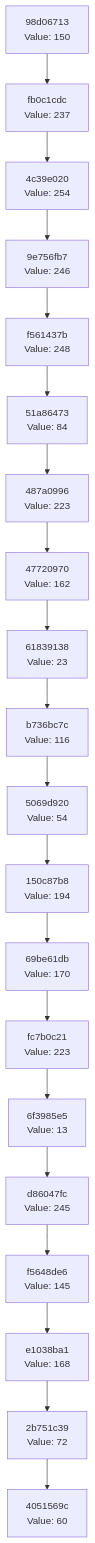
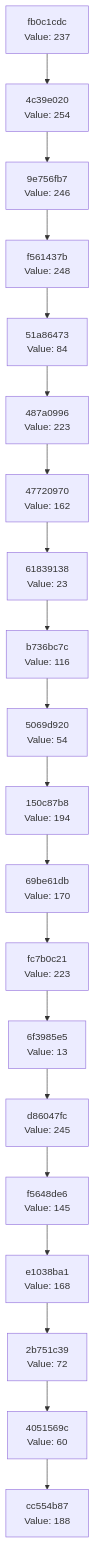
Before and after one commit to Abhisheksinha1506/hash-chain-evolver: the diagram in docs/CHAIN_VISUALIZATION.md, drawn with Mermaid. The commit also changed 3 other files, not shown here.

````diff
--- a/docs/CHAIN_VISUALIZATION.md
+++ b/docs/CHAIN_VISUALIZATION.md
@@ -3,42 +3,42 @@
 ```mermaid
 graph TD
-    C0["4051569c<br/>Value: 60"]
-    C1["2b751c39<br/>Value: 72"]
+    C0["cc554b87<br/>Value: 188"]
+    C1["4051569c<br/>Value: 60"]
     C1 --> C0
-    C2["e1038ba1<br/>Value: 168"]
+    C2["2b751c39<br/>Value: 72"]
     C2 --> C1
-    C3["f5648de6<br/>Value: 145"]
+    C3["e1038ba1<br/>Value: 168"]
     C3 --> C2
-    C4["d86047fc<br/>Value: 245"]
+    C4["f5648de6<br/>Value: 145"]
     C4 --> C3
-    C5["6f3985e5<br/>Value: 13"]
+    C5["d86047fc<br/>Value: 245"]
     C5 --> C4
-    C6["fc7b0c21<br/>Value: 223"]
+    C6["6f3985e5<br/>Value: 13"]
     C6 --> C5
-    C7["69be61db<br/>Value: 170"]
+    C7["fc7b0c21<br/>Value: 223"]
     C7 --> C6
-    C8["150c87b8<br/>Value: 194"]
+    C8["69be61db<br/>Value: 170"]
     C8 --> C7
-    C9["5069d920<br/>Value: 54"]
+    C9["150c87b8<br/>Value: 194"]
     C9 --> C8
-    C10["b736bc7c<br/>Value: 116"]
+    C10["5069d920<br/>Value: 54"]
     C10 --> C9
-    C11["61839138<br/>Value: 23"]
+    C11["b736bc7c<br/>Value: 116"]
     C11 --> C10
-    C12["47720970<br/>Value: 162"]
+    C12["61839138<br/>Value: 23"]
     C12 --> C11
-    C13["487a0996<br/>Value: 223"]
+    C13["47720970<br/>Value: 162"]
     C13 --> C12
-    C14["51a86473<br/>Value: 84"]
+    C14["487a0996<br/>Value: 223"]
     C14 --> C13
-    C15["f561437b<br/>Value: 248"]
+    C15["51a86473<br/>Value: 84"]
     C15 --> C14
-    C16["9e756fb7<br/>Value: 246"]
+    C16["f561437b<br/>Value: 248"]
     C16 --> C15
-    C17["4c39e020<br/>Value: 254"]
+    C17["9e756fb7<br/>Value: 246"]
     C17 --> C16
-    C18["fb0c1cdc<br/>Value: 237"]
+    C18["4c39e020<br/>Value: 254"]
     C18 --> C17
-    C19["98d06713<br/>Value: 150"]
+    C19["fb0c1cdc<br/>Value: 237"]
     C19 --> C18
 ```
````
